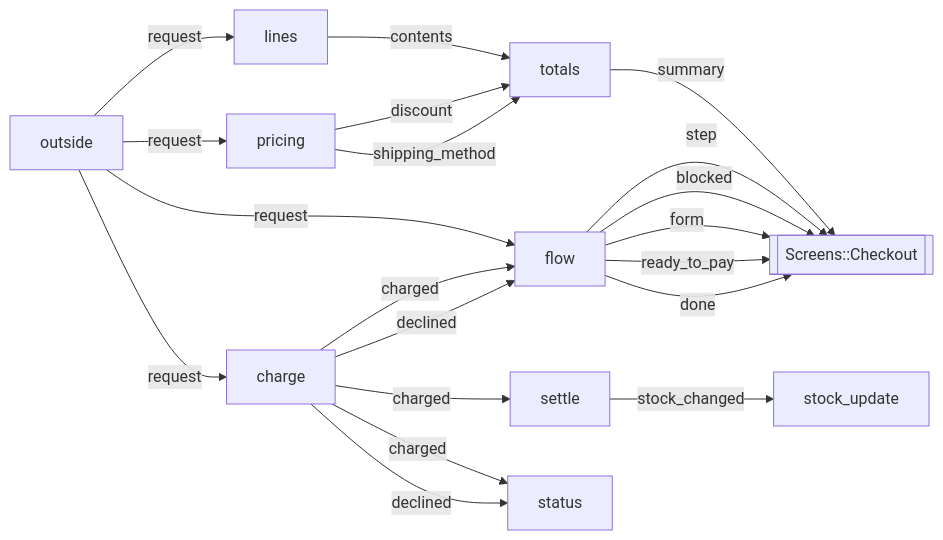
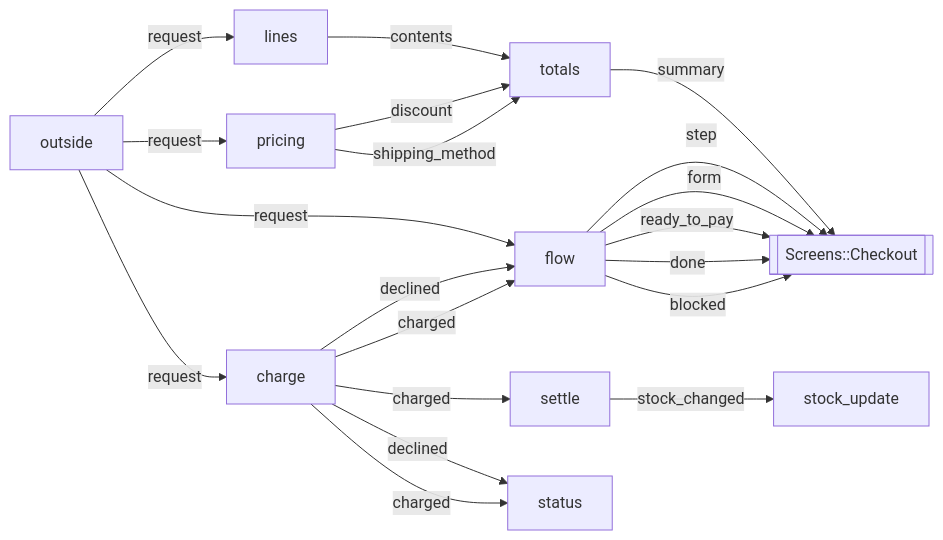
Before and after one commit to modellurgist/ala_variants_ruby: the diagram in v06-plain-rails/docs/diagrams/running/checkout.md, drawn with Mermaid. The commit also changed other lines of this file and 12 other files, not shown here.

Commit message:
chore: diagrams in test runs

````diff
--- a/v06-plain-rails/docs/diagrams/running/checkout.md
+++ b/v06-plain-rails/docs/diagrams/running/checkout.md
@@ -3,31 +3,31 @@
 ```mermaid
 flowchart LR
   screen[[Screens::Checkout]]
   lines[lines]
   totals[totals]
   pricing[pricing]
   flow[flow]
   charge[charge]
   settle[settle]
   status[status]
   stock_update[stock_update]
   outside -- request --> lines
   lines -- contents --> totals
   totals -- summary --> screen
   outside -- request --> flow
   flow -- step --> screen
-  flow -- blocked --> screen
+  flow -- form --> screen
+  flow -- ready_to_pay --> screen
   outside -- request --> pricing
   pricing -- discount --> totals
   pricing -- shipping_method --> totals
-  flow -- form --> screen
-  flow -- ready_to_pay --> screen
   outside -- request --> charge
+  charge -- declined --> flow
+  charge -- declined --> status
   charge -- charged --> settle
   settle -- stock_changed --> stock_update
   charge -- charged --> flow
   flow -- done --> screen
   charge -- charged --> status
-  charge -- declined --> flow
-  charge -- declined --> status
+  flow -- blocked --> screen
 ```
````
